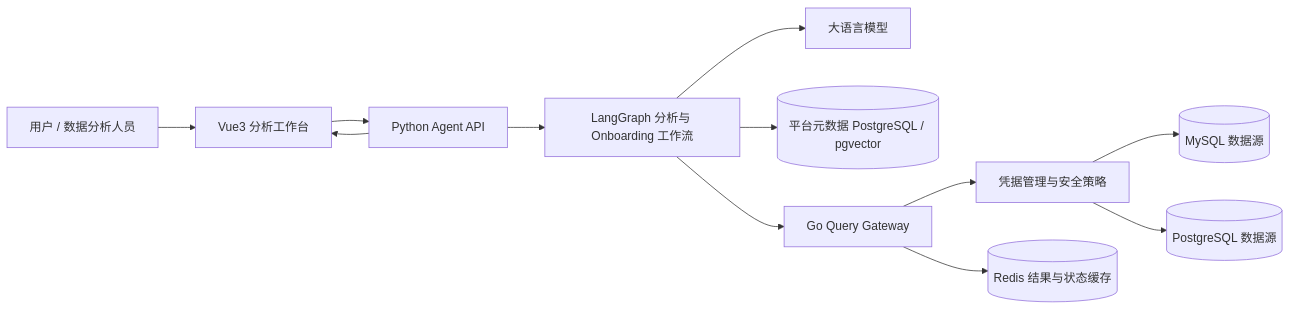
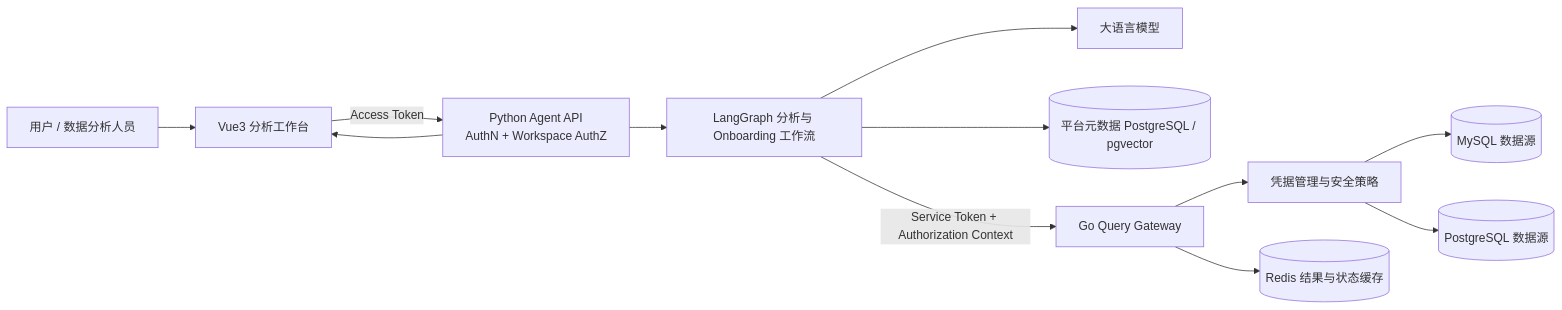
Before and after one commit to 2221648485/Quelyra: the first of 2 diagrams in README.md, drawn with Mermaid. The commit also changed other lines of this file and 25 other files, not shown here.

````diff
--- a/README.md
+++ b/README.md
@@ -69,14 +85,14 @@
 ```mermaid
 flowchart LR
     U["用户 / 数据分析人员"] --> W["Vue3 分析工作台"]
-    W --> A["Python Agent API"]
+    W -->|"Access Token"| A["Python Agent API<br/>AuthN + Workspace AuthZ"]
     A --> G["LangGraph 分析与 Onboarding 工作流"]
     G --> M["大语言模型"]
     G --> P[("平台元数据 PostgreSQL / pgvector")]
-    G --> Q["Go Query Gateway"]
+    G -->|"Service Token + Authorization Context"| Q["Go Query Gateway"]
     Q --> C["凭据管理与安全策略"]
     C --> D1[("MySQL 数据源")]
     C --> D2[("PostgreSQL 数据源")]
     Q --> R[("Redis 结果与状态缓存")]
     A --> W
 ```
````
